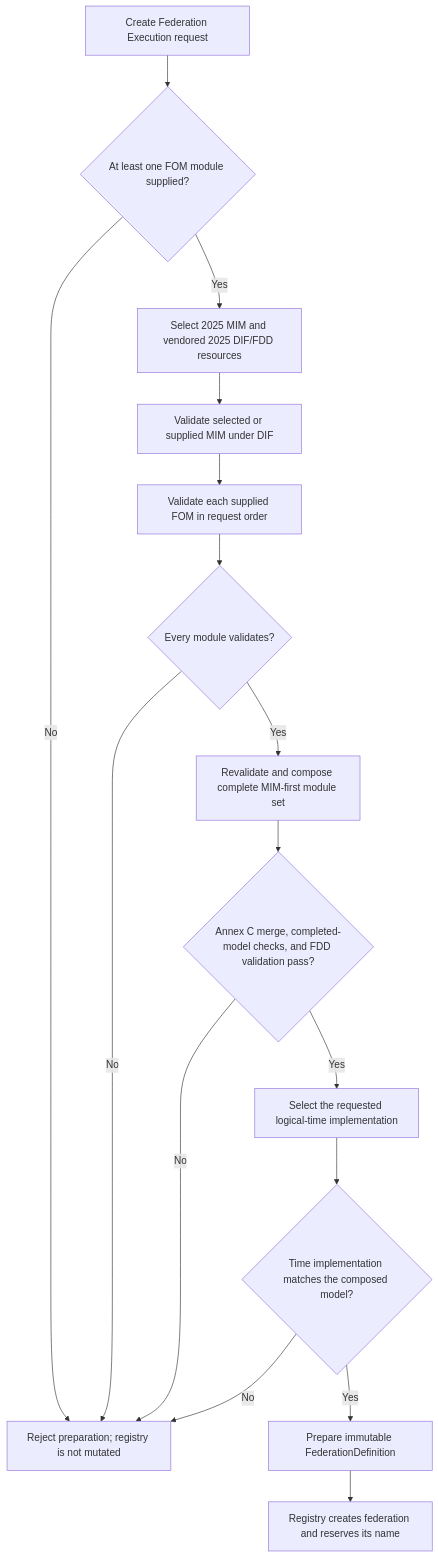
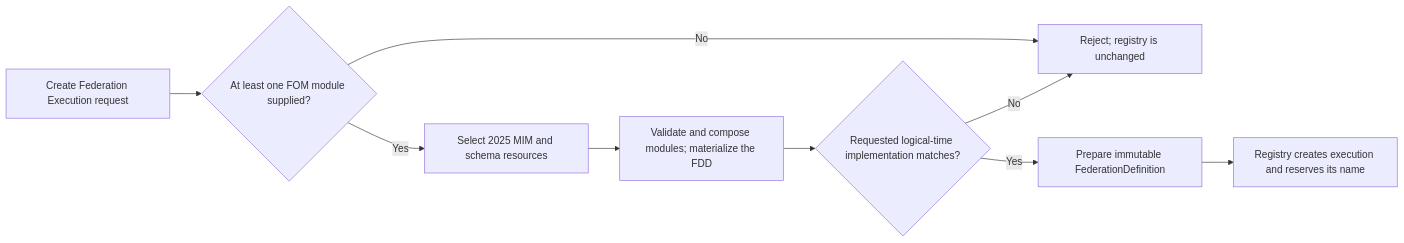
The first of 3 diagrams in docs/design/HLA-2025-FOM-MODULE-ADMISSION-AND-COMPOSITION-FLOW-GUIDE.md (sheepfling/umbra), drawn with Mermaid before and after one commit. The commit also changed other lines of this file and 72 other files, not shown here.

````diff
--- a/docs/design/HLA-2025-FOM-MODULE-ADMISSION-AND-COMPOSITION-FLOW-GUIDE.md
+++ b/docs/design/HLA-2025-FOM-MODULE-ADMISSION-AND-COMPOSITION-FLOW-GUIDE.md
@@ -47,18 +47,11 @@
 ```mermaid
-flowchart TD
+flowchart LR
   A[Create Federation Execution request] --> B{At least one FOM module supplied?}
-  B -- No --> X[Reject preparation; registry is not mutated]
-  B -- Yes --> C[Select 2025 MIM and vendored 2025 DIF/FDD resources]
-  C --> D[Validate selected or supplied MIM under DIF]
-  D --> E[Validate each supplied FOM in request order]
-  E --> F{Every module validates?}
-  F -- No --> X
-  F -- Yes --> G[Revalidate and compose complete MIM-first module set]
-  G --> H{Annex C merge, completed-model checks, and FDD validation pass?}
-  H -- No --> X
-  H -- Yes --> I[Select the requested logical-time implementation]
-  I --> J{Time implementation matches the composed model?}
-  J -- No --> X
-  J -- Yes --> K[Prepare immutable FederationDefinition]
-  K --> L[Registry creates federation and reserves its name]
+  B -- No --> X[Reject; registry is unchanged]
+  B -- Yes --> C[Select 2025 MIM and schema resources]
+  C --> D[Validate and compose modules; materialize the FDD]
+  D --> E{Requested logical-time implementation matches?}
+  E -- No --> X
+  E -- Yes --> F[Prepare immutable FederationDefinition]
+  F --> G[Registry creates execution and reserves its name]
 ```
````
